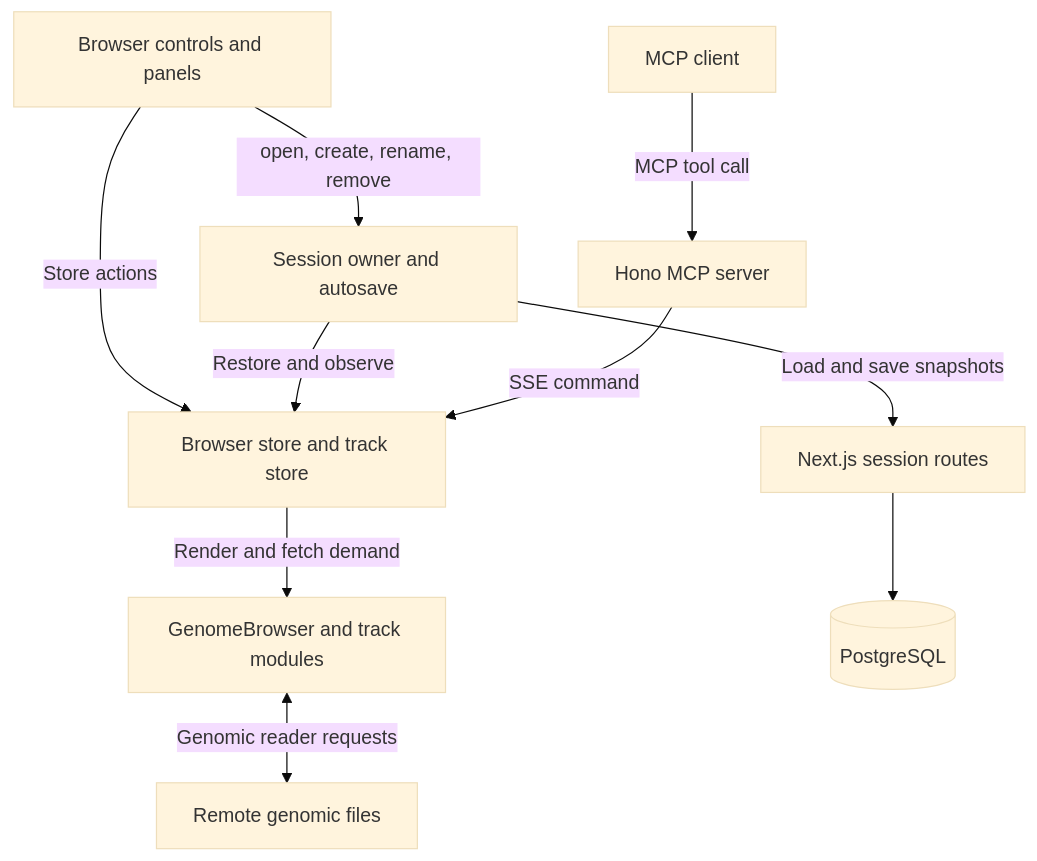
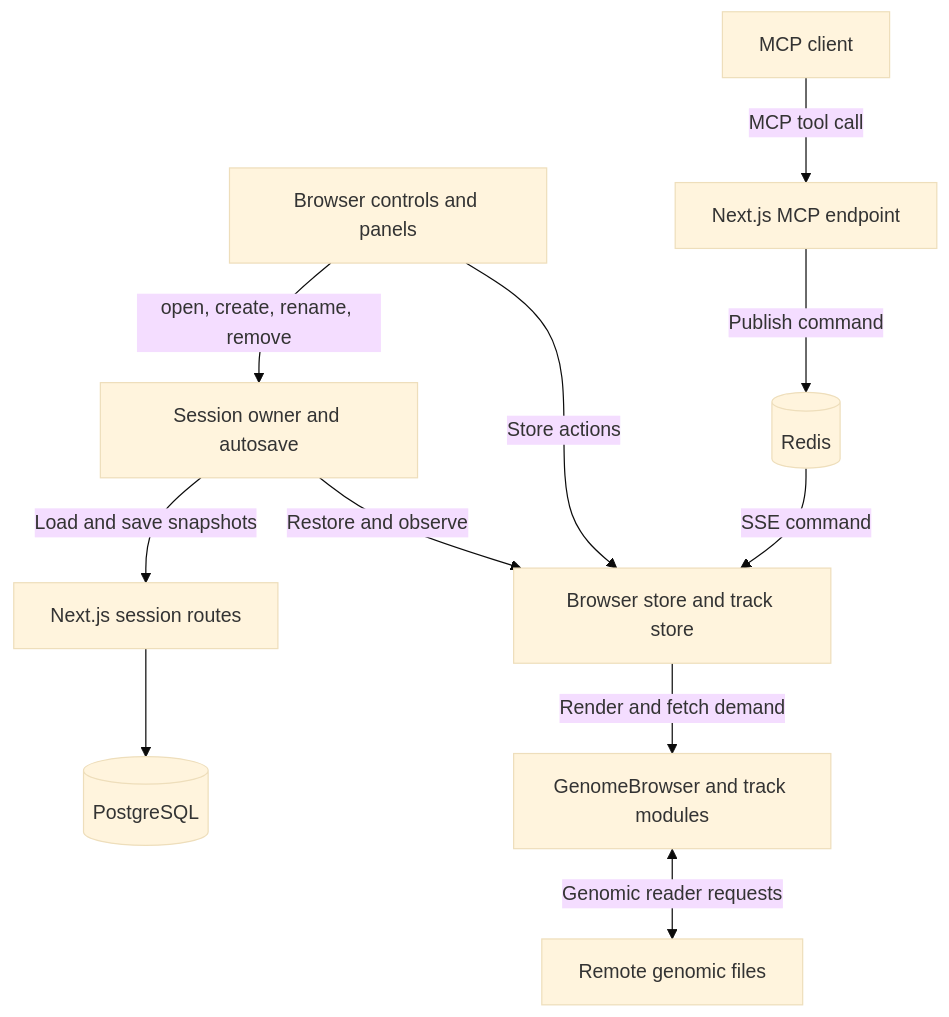
Before and after one commit to weng-lab/genomebrowser: the first of 3 diagrams in apps/web/docs/02-guides/dataFlow.md, drawn with Mermaid (base theme). The commit also changed other lines of this file and 73 other files, not shown here.

Commit message:
Move the browser MCP endpoint into Next.js

````diff
--- a/apps/web/docs/02-guides/dataFlow.md
+++ b/apps/web/docs/02-guides/dataFlow.md
@@ -23,20 +23,22 @@
 ```mermaid
 flowchart TD
   UI[Browser controls and panels]
   Agent[MCP client]
   Owner[Session owner and autosave]
   Stores[Browser store and track store]
   View[GenomeBrowser and track modules]
   Files[Remote genomic files]
   Routes[Next.js session routes]
   DB[(PostgreSQL)]
-  MCP[Hono MCP server]
+  MCP[Next.js MCP endpoint]
+  Redis[(Redis)]
   UI -->|Store actions| Stores
   UI -->|open, create, rename, remove| Owner
   Owner -->|Restore and observe| Stores
   Owner -->|Load and save snapshots| Routes --> DB
   Agent -->|MCP tool call| MCP
-  MCP -->|SSE command| Stores
+  MCP -->|Publish command| Redis
+  Redis -->|SSE command| Stores
   Stores -->|Render and fetch demand| View
   View <-->|Genomic reader requests| Files
 ```
````
